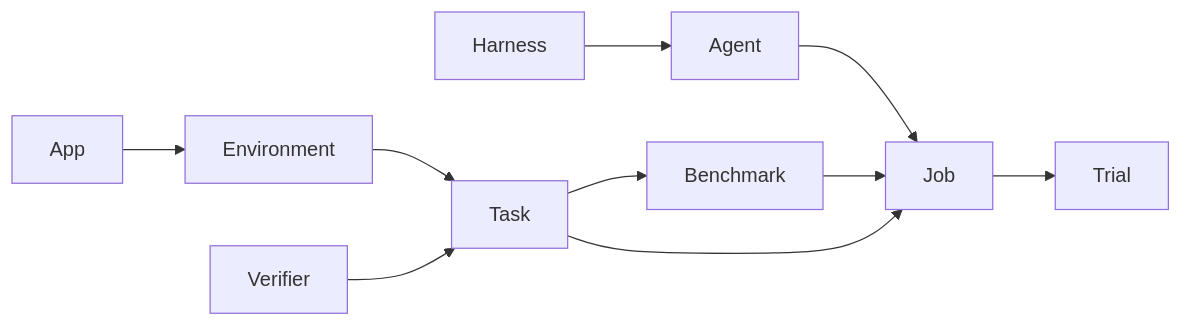
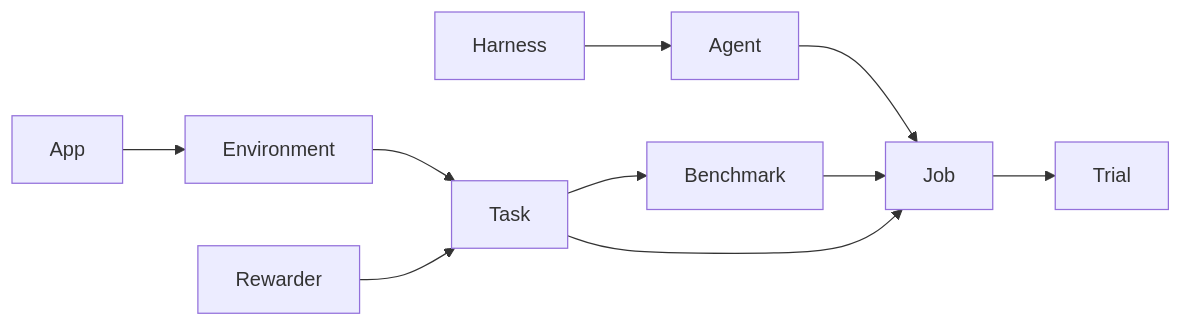
One commit to lastlabs-ai/plural changed the diagram in docs/getting-started/concepts.md. Above: the diagram before and after it, drawn with Mermaid. The commit also changed other lines of this file and 201 other files, not shown here.

````diff
--- a/docs/getting-started/concepts.md
+++ b/docs/getting-started/concepts.md
@@ -39,21 +39,21 @@
 ```mermaid
 flowchart LR
   app[App]
   env[Environment]
-  ver[Verifier]
+  ver[Rewarder]
   task[Task]
   agent[Agent]
   harness[Harness]
   bench[Benchmark]
   job[Job]
   trial[Trial]
   app --> env
   env --> task
   ver --> task
   task --> bench
   harness --> agent
   agent --> job
   bench --> job
   task --> job
   job --> trial
 ```
````
